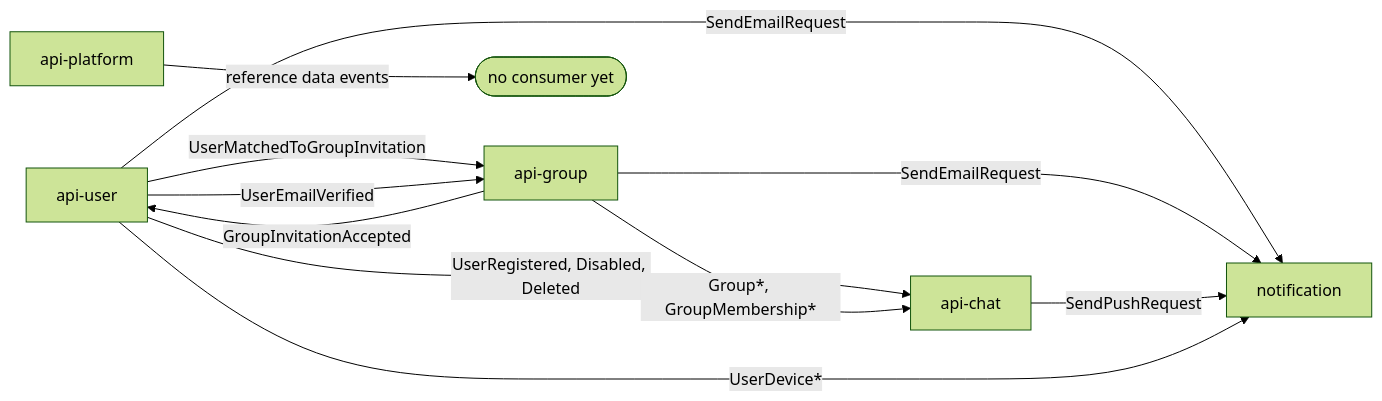
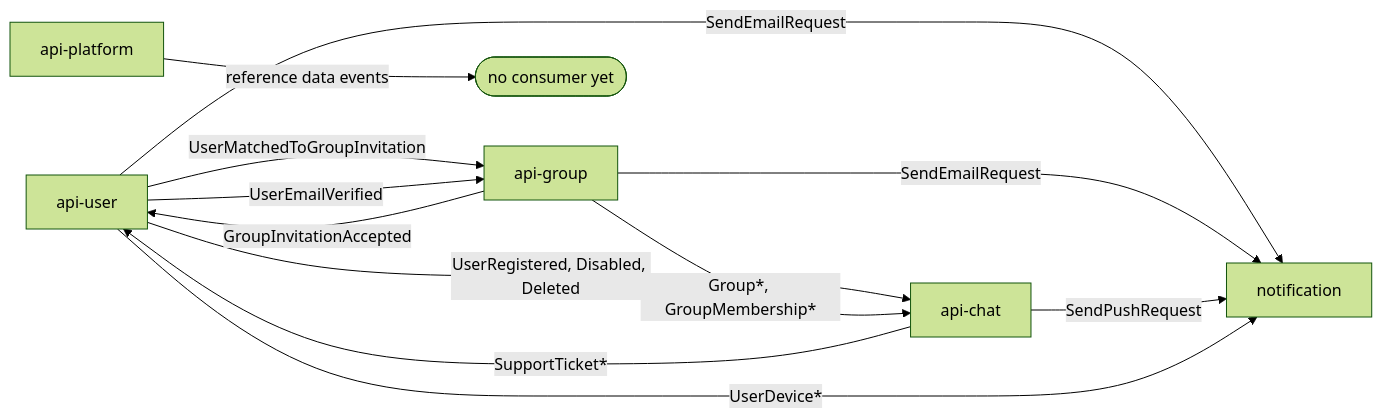
The second of 2 diagrams in amqp/docs/README.md (dragos-galeteanu/trip-huddle-backend), drawn with Mermaid (forest theme) before and after one commit. The commit also changed other lines of this file and 43 other files, not shown here.

````diff
--- a/amqp/docs/README.md
+++ b/amqp/docs/README.md
@@ -51,13 +52,14 @@
 ```mermaid
 flowchart LR
     U[api-user] -- SendEmailRequest --> N[notification]
     G[api-group] -- SendEmailRequest --> N
     G -- GroupInvitationAccepted --> U
     U -- UserMatchedToGroupInvitation --> G
     U -- UserEmailVerified --> G
     U -- "UserRegistered, Disabled, Deleted" --> CH[api-chat]
     G -- "Group*, GroupMembership*" --> CH
     CH -- SendPushRequest --> N
+    CH -- "SupportTicket*" --> U
     U -- "UserDevice*" --> N
     PL[api-platform] -- reference data events --> X([no consumer yet])
 ```
````
